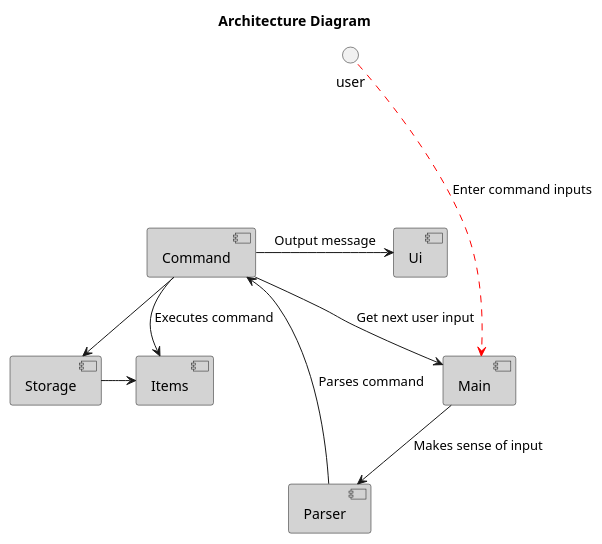
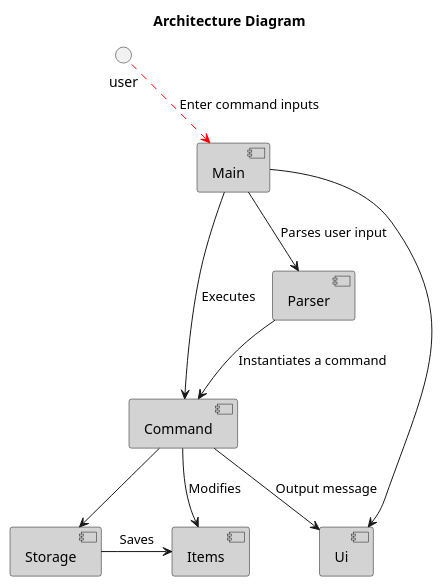
Before and after one commit to rismm/tp: the diagram in docs/uml-diagrams/Architecture.puml, drawn with PlantUML. The commit also changed 2 other files, not shown here.

Commit message:
Add architecture diagram to DG

```diff
--- a/docs/uml-diagrams/Architecture.puml
+++ b/docs/uml-diagrams/Architecture.puml
@@ -1,27 +1,28 @@
 @startuml
 title Architecture Diagram
 
 skinparam component {
     BackgroundColor lightgrey
 }
 
 [Main]
 [Parser]
 [Command]
 [Storage]
 [Items]
 [Ui]
 interface "user"
 
-user -[hidden]-- Command
+user -[hidden] Command
 
-Main --> Parser : Makes sense of input
-Parser --> Command : Parses command
-Command --> Items : Executes command
-Command -> Ui : Output message
-Command --> Main : Get next user input
-Storage -> Items
+Main --> Parser : Parses user input
+Main --> Command : Executes
+Main --> Ui
+Parser --> Command : Instantiates a command
+Command --> Items : Modifies
+Command --> Ui : Output message
+Storage -> Items : Saves
 Command --> Storage
 user -[#red].> Main : Enter command inputs
 
 @enduml
```
